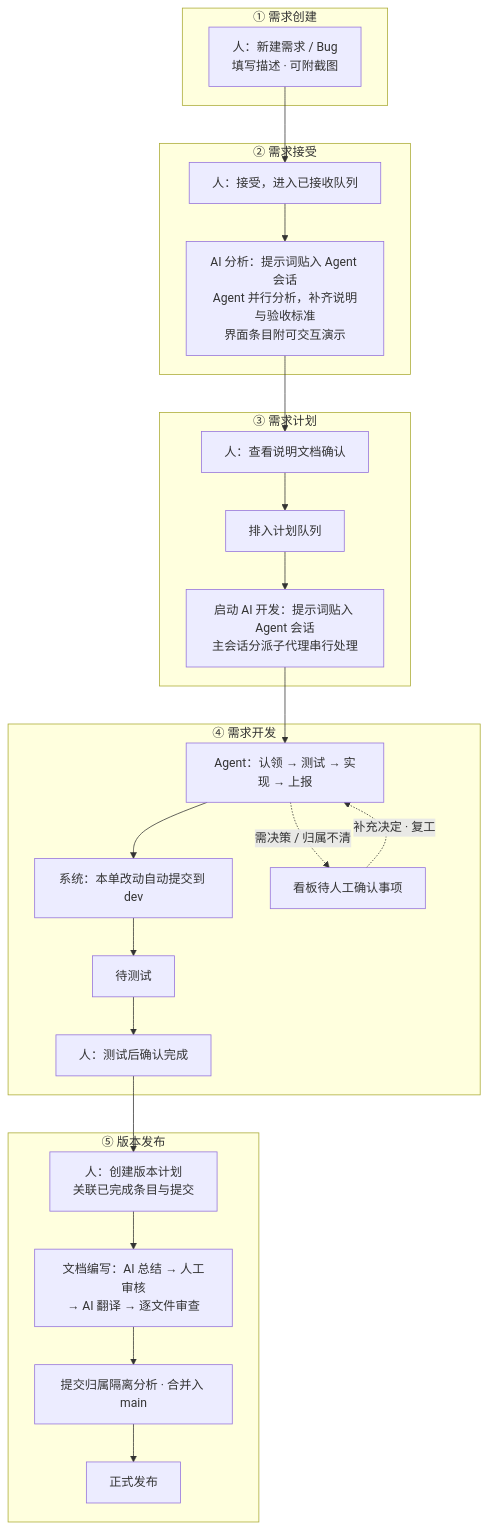
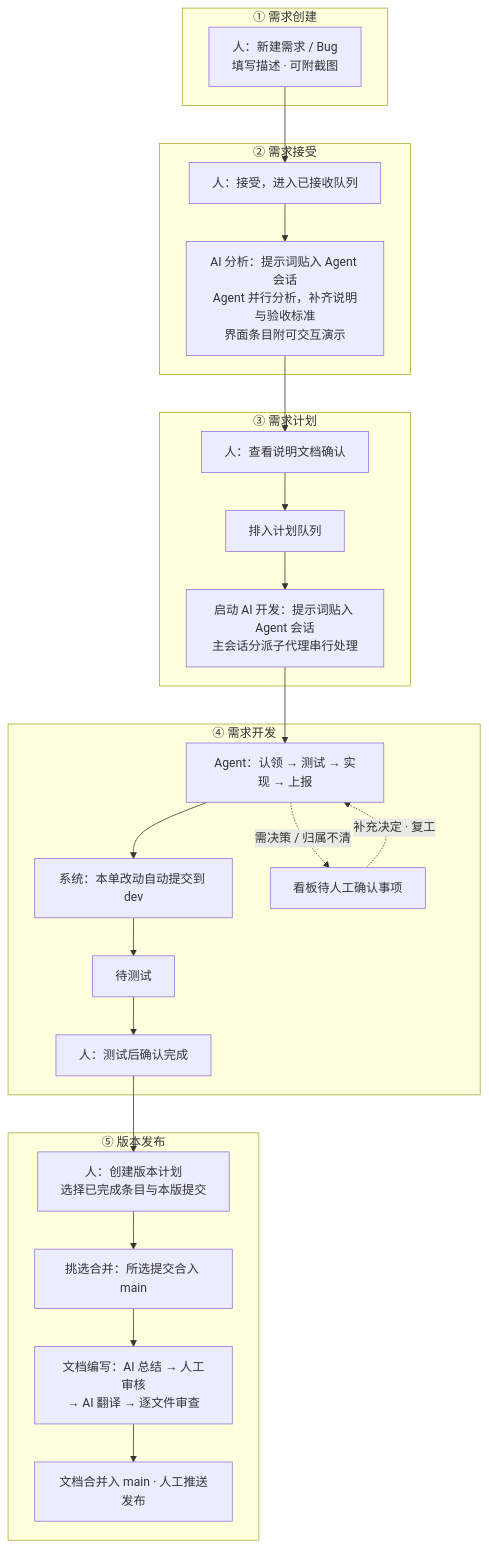
The diagram in README.md (adichou/agent-team-board), drawn with Mermaid before and after one commit. The commit also changed other lines of this file and 11 other files, not shown here.

````diff
--- a/README.md
+++ b/README.md
@@ -49,34 +51,34 @@
 ```mermaid
 flowchart TB
     subgraph P1["① 需求创建"]
         A["人：新建需求 / Bug<br/>填写描述 · 可附截图"]
     end
 
     subgraph P2["② 需求接受"]
         B["人：接受，进入已接收队列"] --> C["AI 分析：提示词贴入 Agent 会话<br/>Agent 并行分析，补齐说明与验收标准<br/>界面条目附可交互演示"]
     end
 
     subgraph P3["③ 需求计划"]
         E["人：查看说明文档确认"] --> F["排入计划队列"]
         F --> G["启动 AI 开发：提示词贴入 Agent 会话<br/>主会话分派子代理串行处理"]
     end
 
     subgraph P4["④ 需求开发"]
         H["Agent：认领 → 测试 → 实现 → 上报"] --> I["系统：本单改动自动提交到 dev"]
         I --> J["待测试"]
         J --> K["人：测试后确认完成"]
         H -.->|"需决策 / 归属不清"| HOLD["看板待人工确认事项"]
         HOLD -.->|"补充决定 · 复工"| H
     end
 
     subgraph P5["⑤ 版本发布"]
-        L["人：创建版本计划<br/>关联已完成条目与提交"] --> M["文档编写：AI 总结 → 人工审核<br/>→ AI 翻译 → 逐文件审查"]
-        M --> N["提交归属隔离分析 · 合并入 main"]
-        N --> O["正式发布"]
+        L["人：创建版本计划<br/>选择已完成条目与本版提交"] --> M["挑选合并：所选提交合入 main"]
+        M --> N["文档编写：AI 总结 → 人工审核<br/>→ AI 翻译 → 逐文件审查"]
+        N --> O["文档合并入 main · 人工推送发布"]
     end
 
     A --> B
     C --> E
     G --> H
     K --> L
 ```
````
